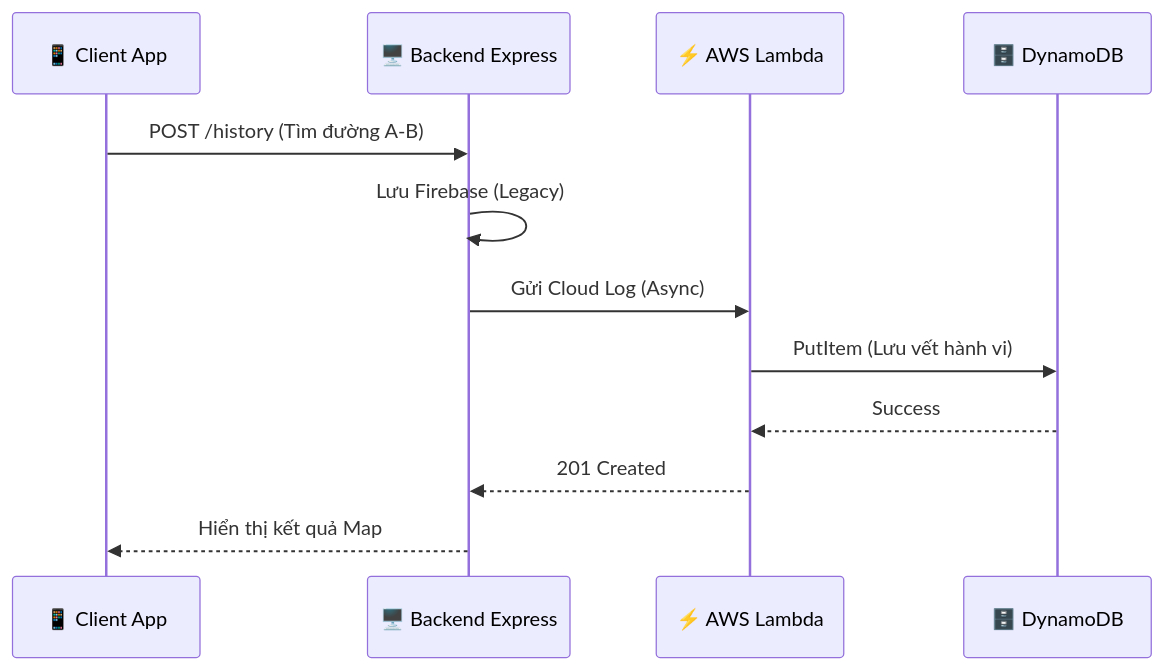
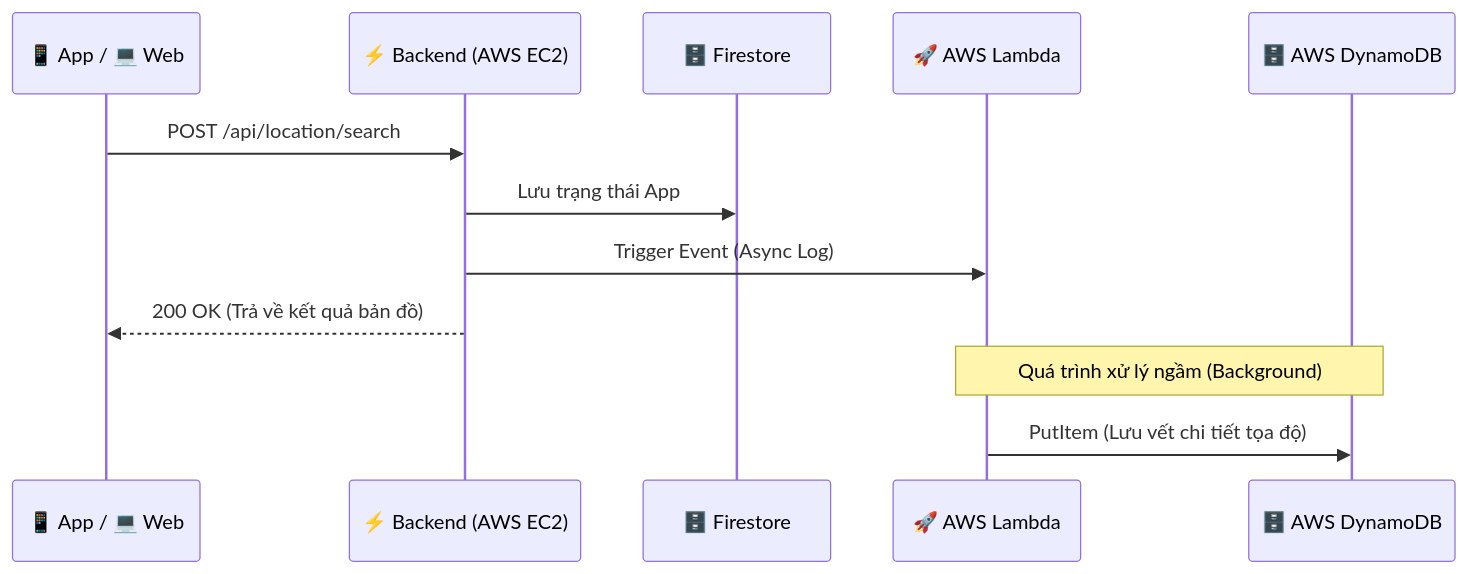
Before and after one commit to LeNguyenDuyCuong99zw/smart-map-cloud-analytics: the third of 7 diagrams in docs/TIEU_LUAN_SMART_MAP_AWS_FINAL.md, drawn with Mermaid. The commit also changed other lines of this file and 27 other files, not shown here.

````diff
--- a/docs/TIEU_LUAN_SMART_MAP_AWS_FINAL.md
+++ b/docs/TIEU_LUAN_SMART_MAP_AWS_FINAL.md
@@ -197,15 +244,16 @@
 ```mermaid
 sequenceDiagram
-    participant User as 📱 Client App
-    participant Server as 🖥️ Backend Express
-    participant Lambda as ⚡ AWS Lambda
-    participant DB as 🗄️ DynamoDB
+    participant Client as 📱 App / 💻 Web
+    participant EC2 as ⚡ Backend (AWS EC2)
+    participant Firestore as 🗄️ Firestore
+    participant Lambda as 🚀 AWS Lambda
+    participant Dynamo as 🗄️ AWS DynamoDB
 
-    User->>Server: POST /history (Tìm đường A-B)
-    Server->>Server: Lưu Firebase (Legacy)
-    Server->>Lambda: Gửi Cloud Log (Async)
-    Lambda->>DB: PutItem (Lưu vết hành vi)
-    DB-->>Lambda: Success
-    Lambda-->>Server: 201 Created
-    Server-->>User: Hiển thị kết quả Map
+    Client->>EC2: POST /api/location/search
+    EC2->>Firestore: Lưu trạng thái App
+    EC2->>Lambda: Trigger Event (Async Log)
+    EC2-->>Client: 200 OK (Trả về kết quả bản đồ)
+    
+    Note over Lambda,Dynamo: Quá trình xử lý ngầm (Background)
+    Lambda->>Dynamo: PutItem (Lưu vết chi tiết tọa độ)
 ```
````
